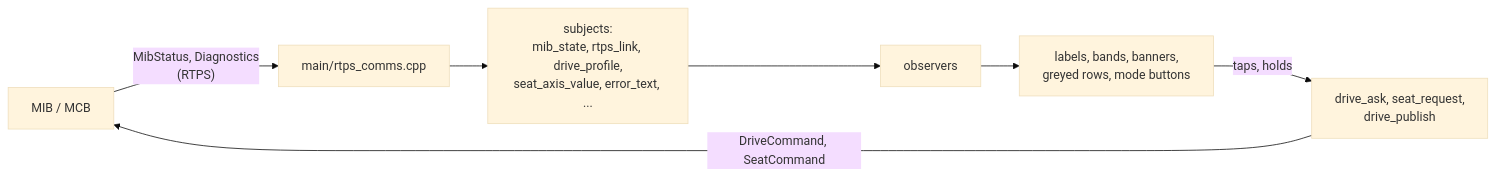
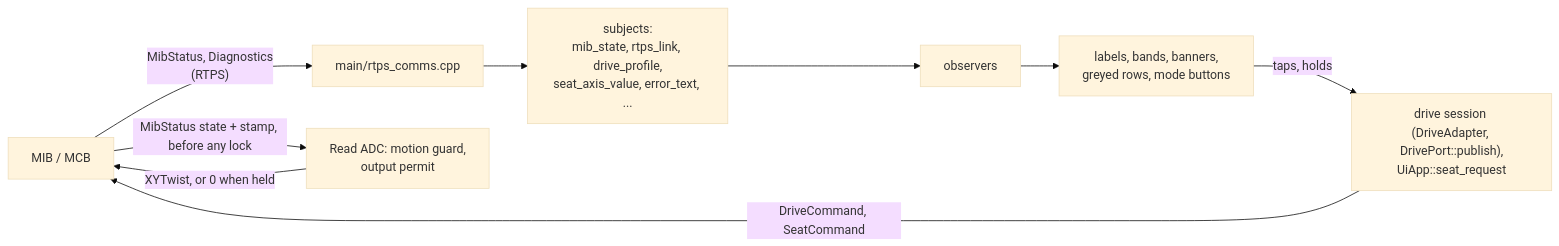
One commit to rammp-org/pace-hmi-fw changed the third of 3 diagrams in docs/ui-architecture.md. Above: the diagram before and after it, drawn with Mermaid (base theme). The commit also changed other lines of this file and 7 other files, not shown here.

````diff
--- a/docs/ui-architecture.md
+++ b/docs/ui-architecture.md
@@ -240,9 +247,11 @@
 ```mermaid
 flowchart LR
   mib["MIB / MCB"] -- "MibStatus, Diagnostics<br/>(RTPS)" --> rtps["main/rtps_comms.cpp"]
   rtps --> subj["subjects:<br/>mib_state, rtps_link, drive_profile,<br/>seat_axis_value, error_text, ..."]
   subj --> obs["observers"]
   obs --> w["labels, bands, banners,<br/>greyed rows, mode buttons"]
-  w -- "taps, holds" --> ask["drive_ask, seat_request,<br/>drive_publish"]
+  w -- "taps, holds" --> ask["drive session (DriveAdapter, DrivePort::publish),<br/>UiApp::seat_request"]
   ask -- "DriveCommand, SeatCommand" --> mib
+  mib -- "MibStatus state + stamp, before any lock" --> adc["Read ADC: motion guard,<br/>output permit"]
+  adc -- "XYTwist, or 0 when held" --> mib
 ```
````
